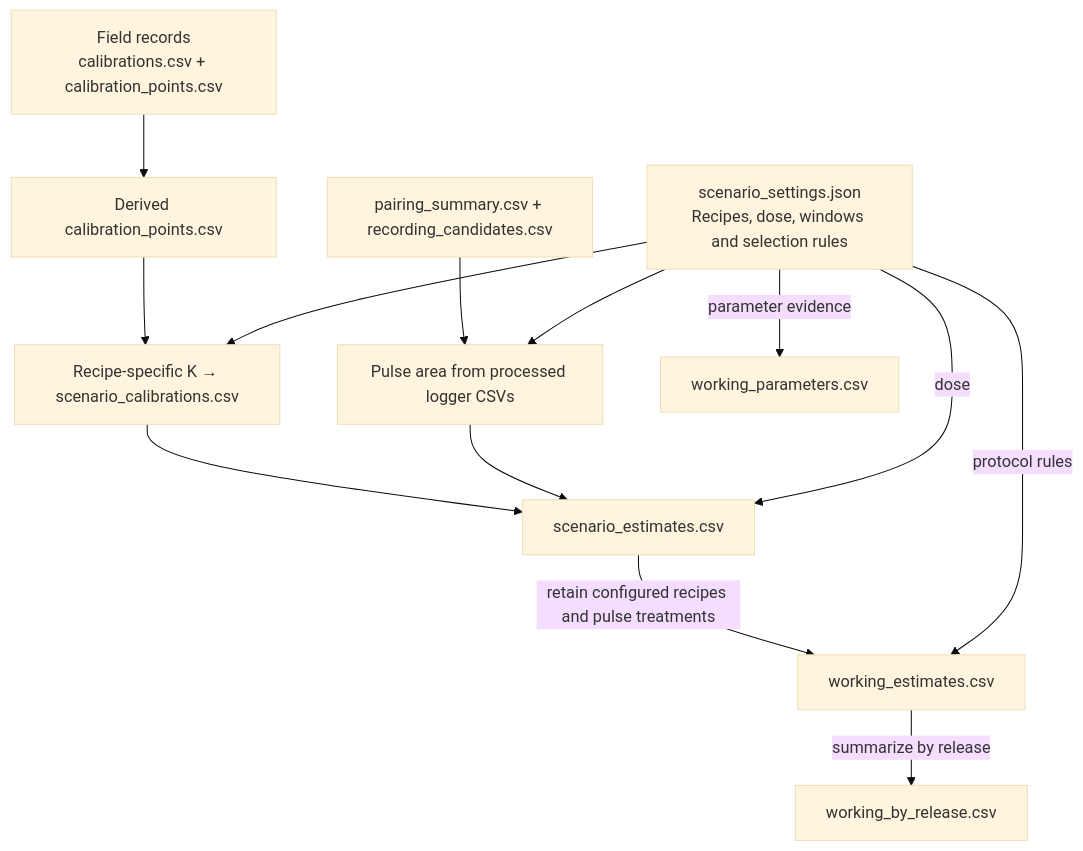
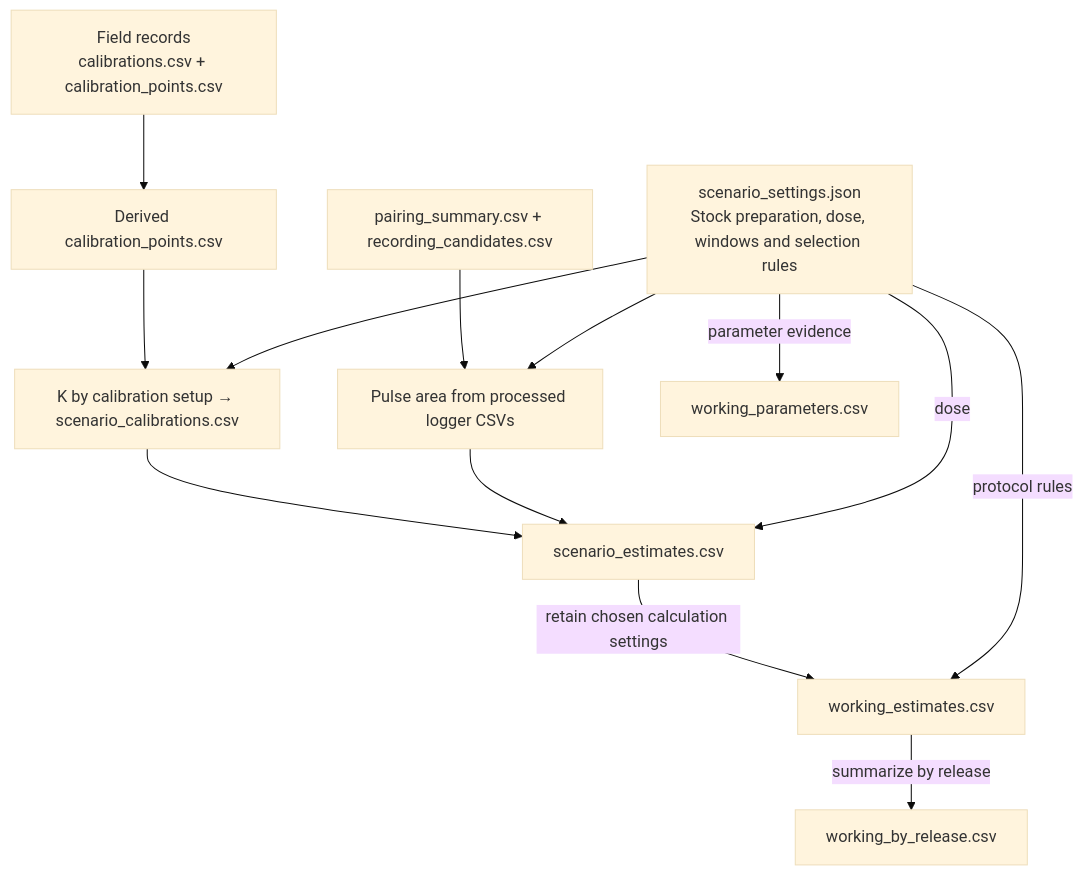
The first of 2 diagrams in salt_dilution/results/discharge_scenarios/README.md (sardorsob/Mora-Fluvial-Analysis), drawn with Mermaid (base theme) before and after one commit. The commit also changed other lines of this file and 7 other files, not shown here.

````diff
--- a/salt_dilution/results/discharge_scenarios/README.md
+++ b/salt_dilution/results/discharge_scenarios/README.md
@@ -18,15 +18,15 @@
 ```mermaid
 flowchart TD
     field["Field records<br/>calibrations.csv + calibration_points.csv"] --> points["Derived calibration_points.csv"]
-    points --> fit["Recipe-specific K → scenario_calibrations.csv"]
+    points --> fit["K by calibration setup → scenario_calibrations.csv"]
     pairing["pairing_summary.csv + recording_candidates.csv"] --> pulse["Pulse area from processed logger CSVs"]
-    settings["scenario_settings.json<br/>Recipes, dose, windows and selection rules"] --> fit
+    settings["scenario_settings.json<br/>Stock preparation, dose, windows and selection rules"] --> fit
     settings --> pulse
     fit --> scenarios["scenario_estimates.csv"]
     pulse --> scenarios
     settings -->|dose| scenarios
-    scenarios -->|retain configured recipes and pulse treatments| working["working_estimates.csv"]
+    scenarios -->|retain chosen calculation settings| working["working_estimates.csv"]
     settings -->|protocol rules| working
     settings -->|parameter evidence| parameters["working_parameters.csv"]
     working -->|summarize by release| summary["working_by_release.csv"]
 ```
````
